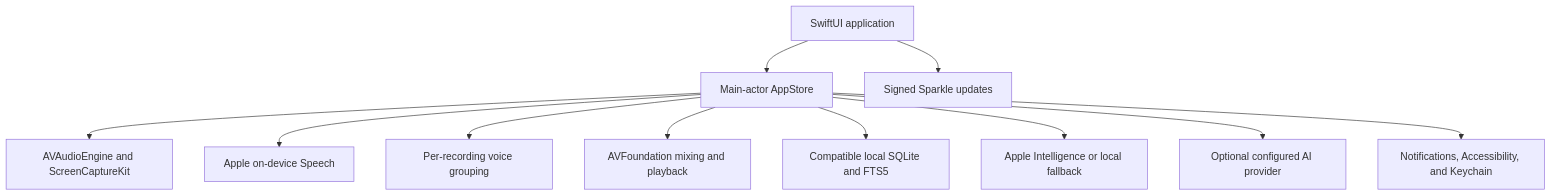
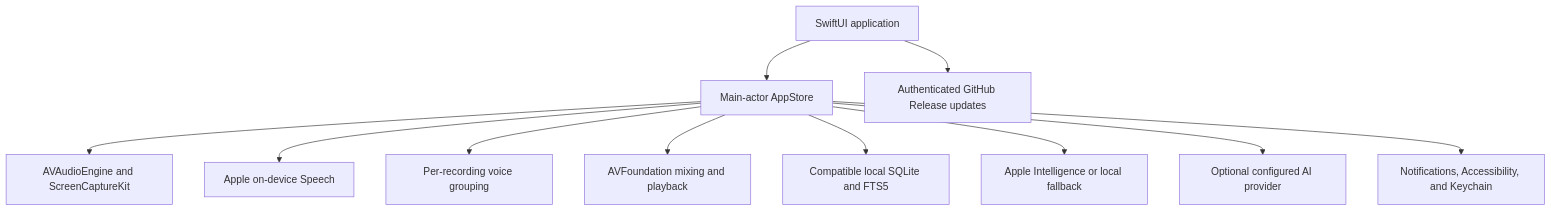
The diagram in docs/architecture.md (Schramm2/Atrium), drawn with Mermaid before and after one commit. The commit also changed other lines of this file and 25 other files, not shown here.

First line of the commit message:
feat(release): use private GitHub updates

````diff
--- a/docs/architecture.md
+++ b/docs/architecture.md
@@ -7,13 +7,13 @@
 ```mermaid
 flowchart TD
     UI["SwiftUI application"] --> Store["Main-actor AppStore"]
     Store --> Audio["AVAudioEngine and ScreenCaptureKit"]
     Store --> Speech["Apple on-device Speech"]
     Store --> Voice["Per-recording voice grouping"]
     Store --> Media["AVFoundation mixing and playback"]
     Store --> DB["Compatible local SQLite and FTS5"]
     Store --> Intelligence["Apple Intelligence or local fallback"]
     Store --> Providers["Optional configured AI provider"]
     Store --> System["Notifications, Accessibility, and Keychain"]
-    UI --> Sparkle["Signed Sparkle updates"]
+    UI --> Updates["Authenticated GitHub Release updates"]
 ```
````
